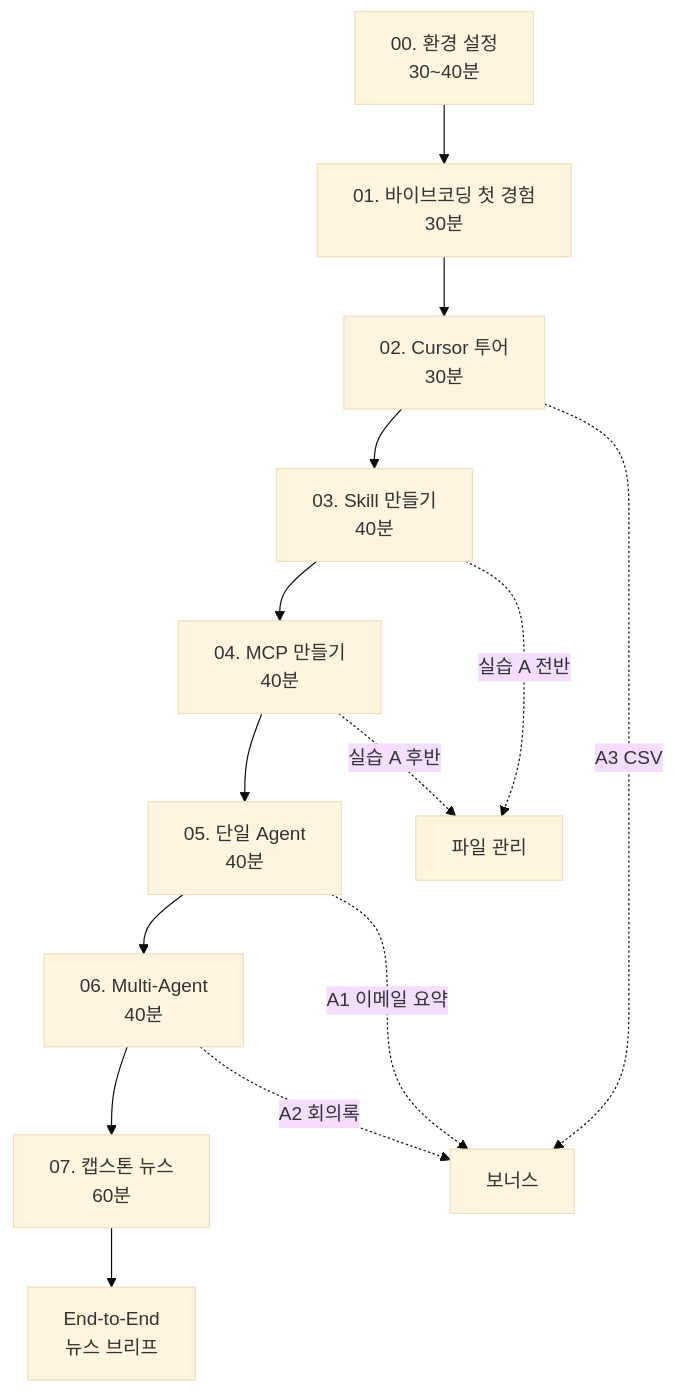
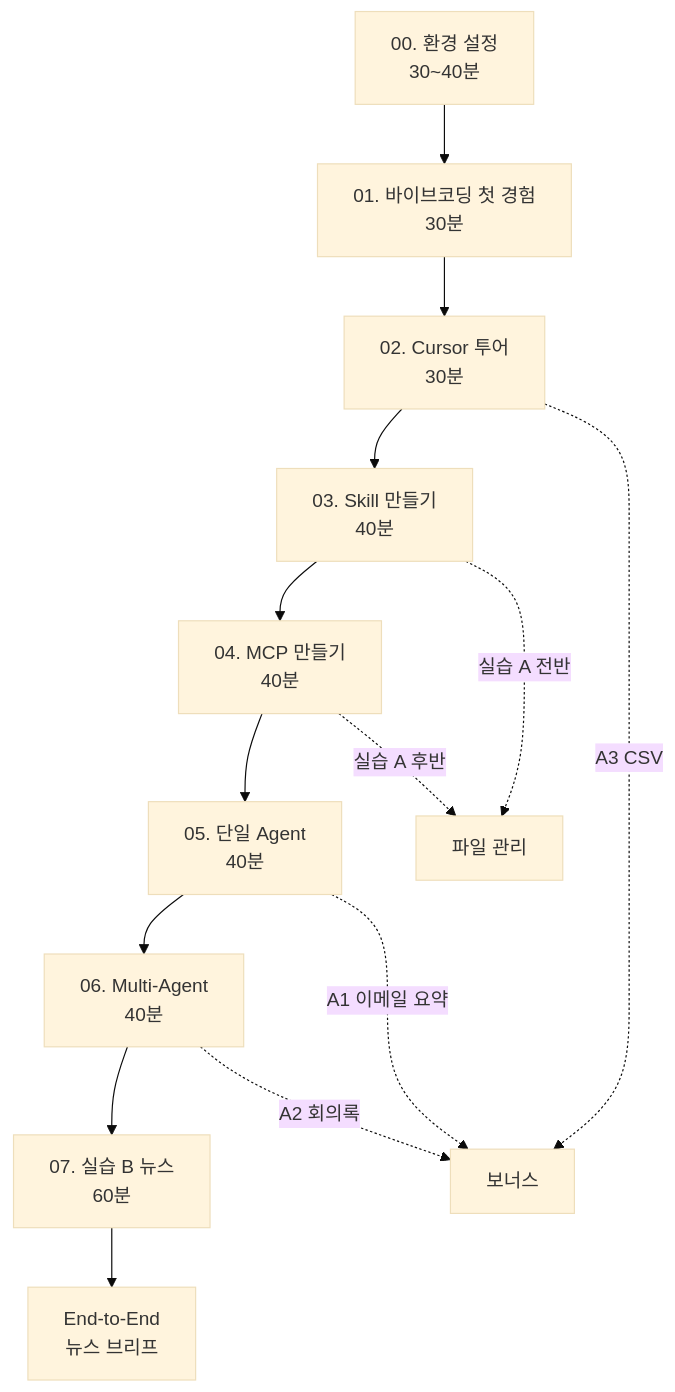
Before and after one commit to namojo/agentic-edu: the second of 2 diagrams in docs/assets/modules/01-vibe-coding.md, drawn with Mermaid (base theme). The commit also changed other lines of this file and 15 other files, not shown here.

````diff
--- a/docs/assets/modules/01-vibe-coding.md
+++ b/docs/assets/modules/01-vibe-coding.md
@@ -217,16 +217,16 @@
 ```mermaid
 flowchart TD
   M00[00. 환경 설정<br/>30~40분] --> M01[01. 바이브코딩 첫 경험<br/>30분]
   M01 --> M02[02. Cursor 투어<br/>30분]
   M02 --> M03[03. Skill 만들기<br/>40분]
   M03 --> M04[04. MCP 만들기<br/>40분]
   M04 --> M05[05. 단일 Agent<br/>40분]
   M05 --> M06[06. Multi-Agent<br/>40분]
-  M06 --> M07[07. 캡스톤 뉴스<br/>60분]
+  M06 --> M07[07. 실습 B 뉴스<br/>60분]
   M03 -.->|실습 A 전반| A[파일 관리]
   M04 -.->|실습 A 후반| A
   M05 -.->|A1 이메일 요약| B[보너스]
   M06 -.->|A2 회의록| B
   M02 -.->|A3 CSV| B
   M07 --> done[End-to-End<br/>뉴스 브리프]
 ```
````
